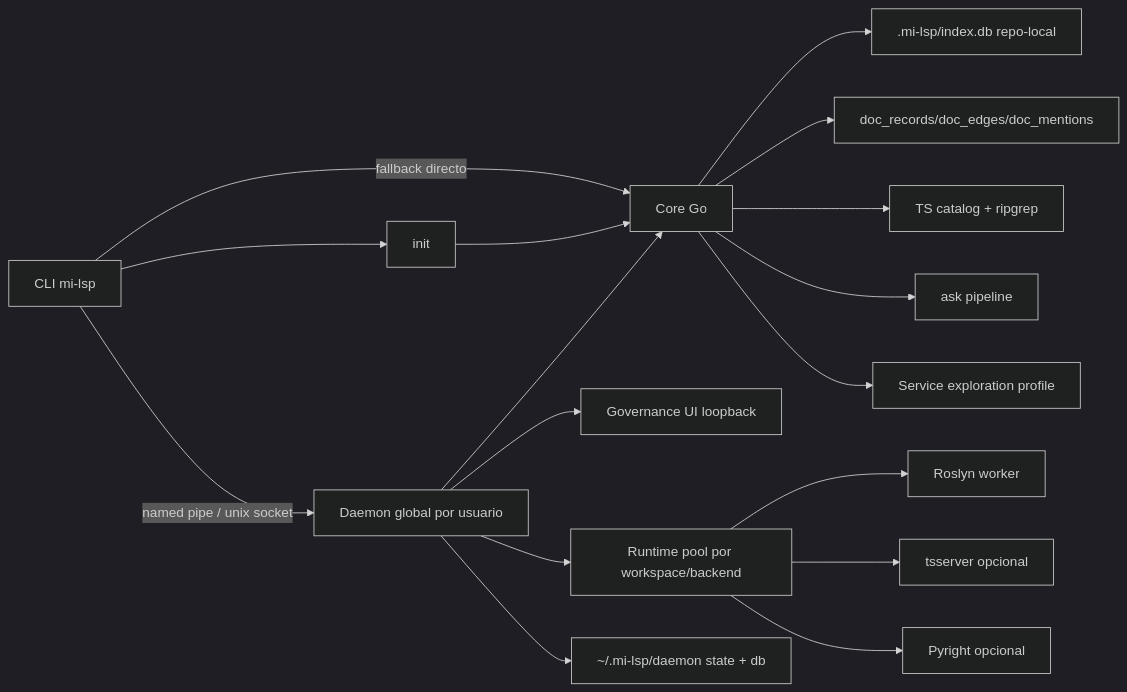
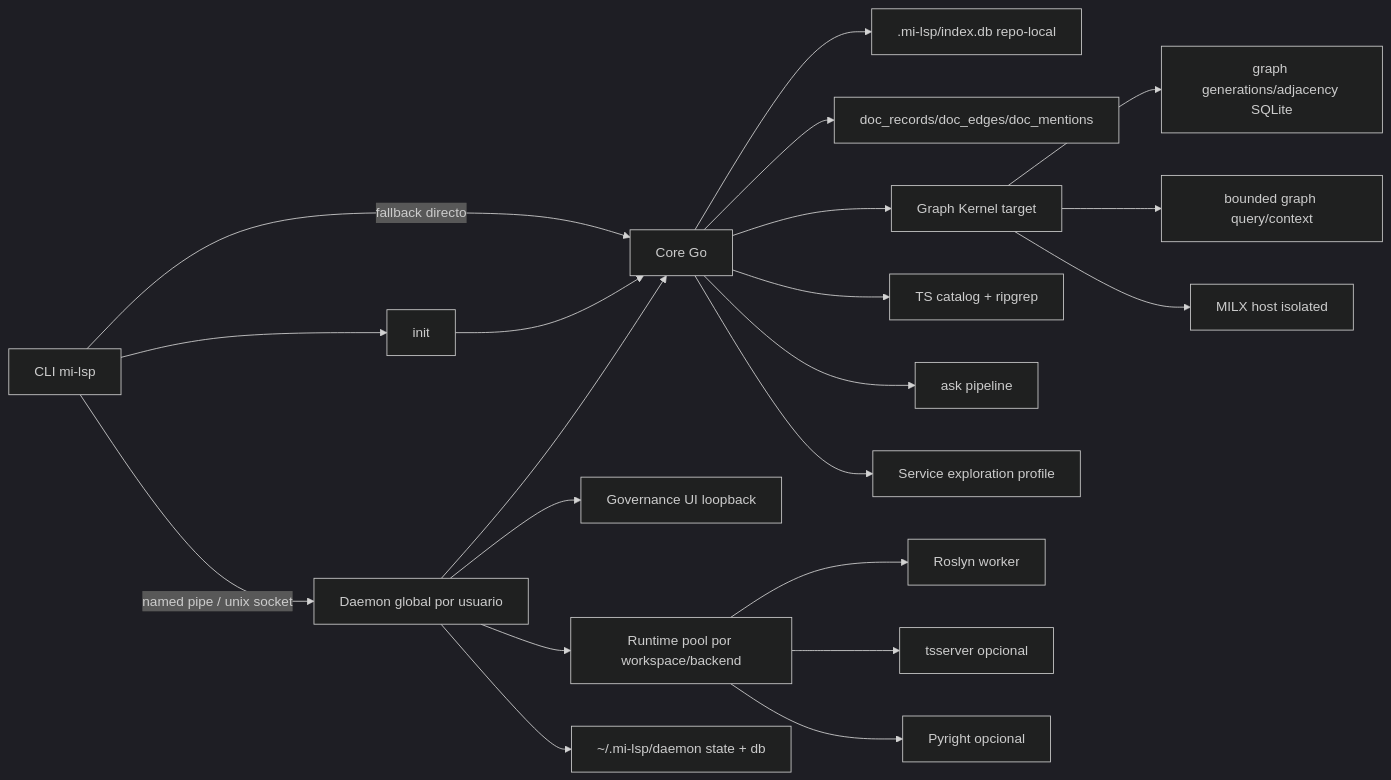
The diagram in .docs/wiki/07_baseline_tecnica.md (fgpaz/mi-lsp), drawn with Mermaid (dark theme) before and after one commit. The commit also changed other lines of this file and 7 other files, not shown here.

Commit message:
docs: define graph runtime storage and contracts

````diff
--- a/.docs/wiki/07_baseline_tecnica.md
+++ b/.docs/wiki/07_baseline_tecnica.md
@@ -73,19 +80,23 @@
 ```mermaid
 flowchart LR
     C[CLI mi-lsp] -->|named pipe / unix socket| D[Daemon global por usuario]
     C -->|fallback directo| G[Core Go]
     C --> I[init]
     I --> G
     D --> G
     D --> UI[Governance UI loopback]
     G --> IDX[.mi-lsp/index.db repo-local]
     G --> DOC[doc_records/doc_edges/doc_mentions]
+    G --> GK[Graph Kernel target]
+    GK --> GS[graph generations/adjacency SQLite]
+    GK --> GQ[bounded graph query/context]
+    GK --> MH[MILX host isolated]
     G --> CAT[TS catalog + ripgrep]
     G --> ASK[ask pipeline]
     G --> SV[Service exploration profile]
     D --> RP[Runtime pool por workspace/backend]
     RP --> RW[Roslyn worker]
     RP --> TW[tsserver opcional]
     RP --> PW[Pyright opcional]
     D --> GD[~/.mi-lsp/daemon state + db]
 ```
````
